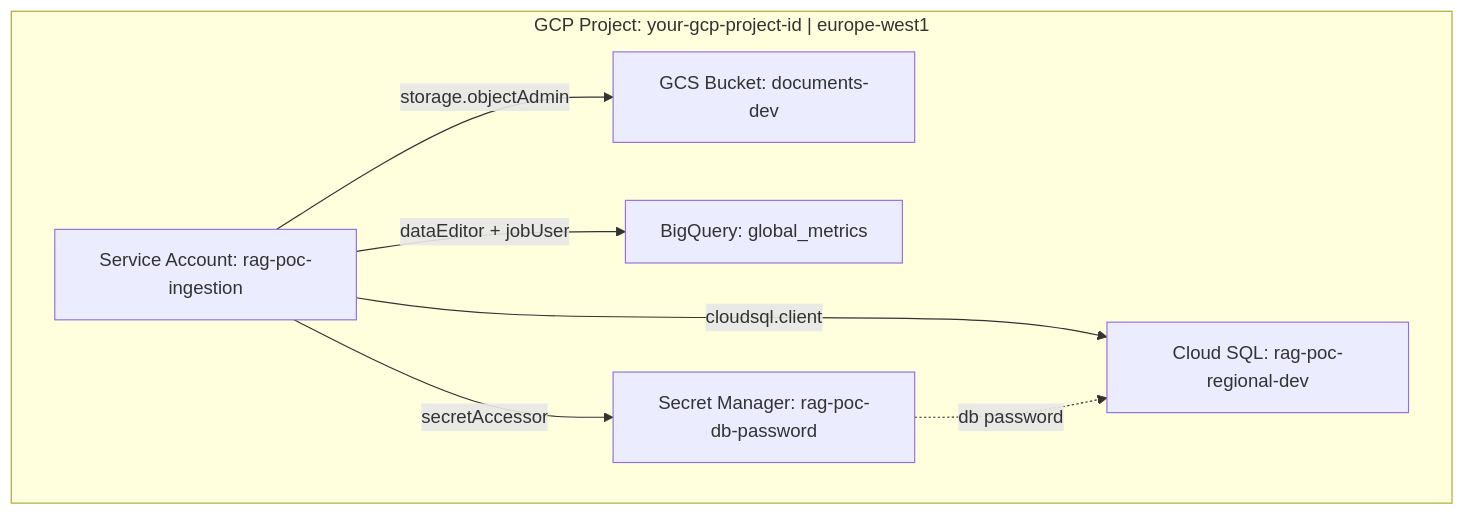
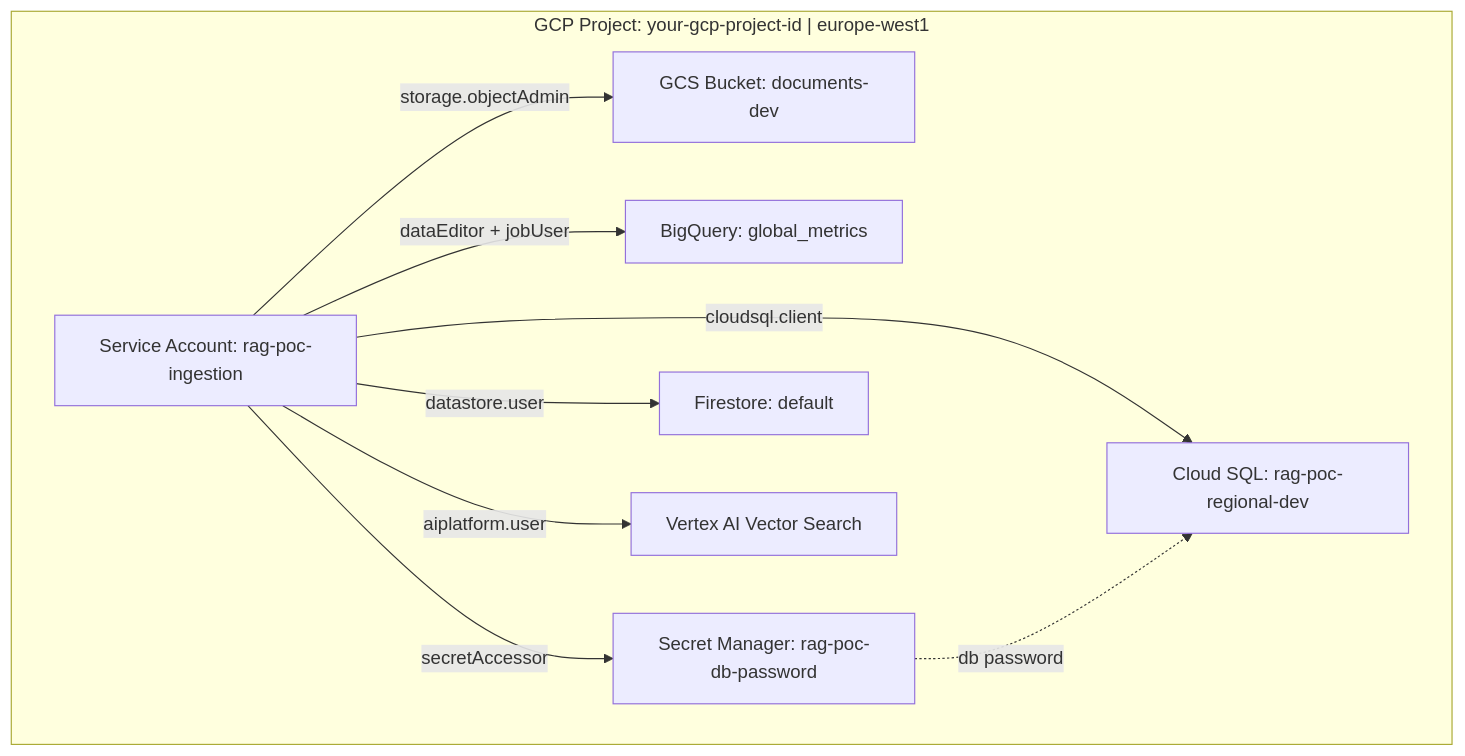
One commit to davidmunkacsi93/gcp-rag-poc changed the diagram in docs/architecture/infrastructure.md. Above: the diagram before and after it, drawn with Mermaid. The commit also changed other lines of this file and 1 other file, not shown here.

Commit message:
Update documentation with Vertex AI and Firestore.

````diff
--- a/docs/architecture/infrastructure.md
+++ b/docs/architecture/infrastructure.md
@@ -18,16 +18,20 @@
 ```mermaid
 graph TD
     subgraph GCP["GCP Project: your-gcp-project-id | europe-west1"]
         SA[Service Account: rag-poc-ingestion]
         GCS[GCS Bucket: documents-dev]
         BQ[BigQuery: global_metrics]
         SQL[Cloud SQL: rag-poc-regional-dev]
         SM[Secret Manager: rag-poc-db-password]
+        FS[Firestore: default]
+        VS[Vertex AI Vector Search]
     end
 
     SA -->|storage.objectAdmin| GCS
     SA -->|dataEditor + jobUser| BQ
     SA -->|cloudsql.client| SQL
     SA -->|secretAccessor| SM
+    SA -->|datastore.user| FS
+    SA -->|aiplatform.user| VS
     SM -.->|db password| SQL
 ```
````
